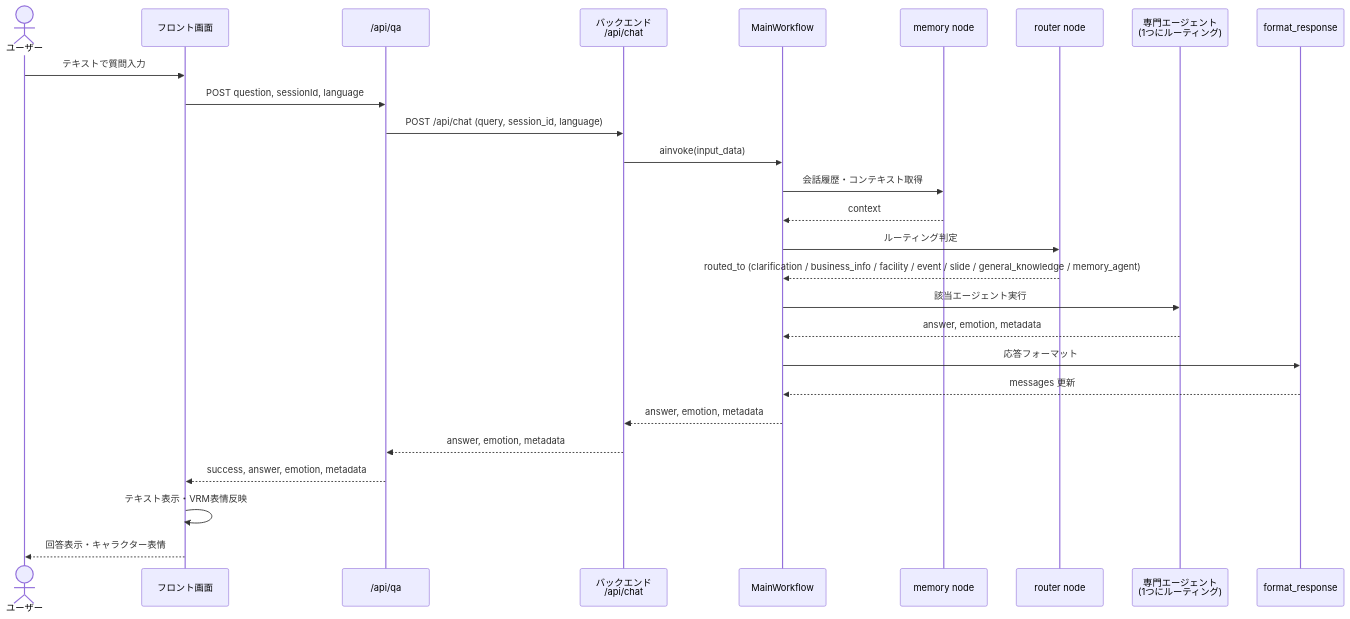
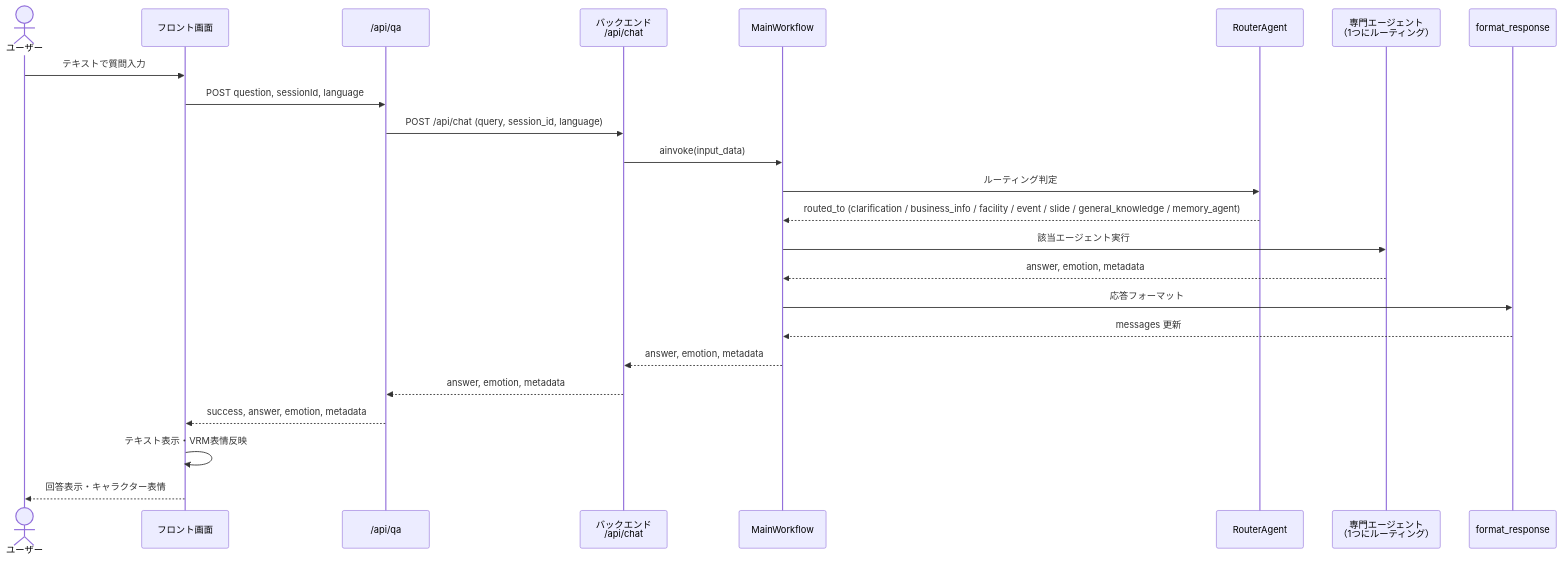
The third of 5 diagrams in docs/architecture/SEQUENCE-DIAGRAM.md (EngineerCafeJP/engineercafe-navigator), drawn with Mermaid before and after one commit. The commit also changed other lines of this file, not shown here.

First line of the commit message:
docs: 修正されたシーケンス図の表現を更新

````diff
--- a/docs/architecture/SEQUENCE-DIAGRAM.md
+++ b/docs/architecture/SEQUENCE-DIAGRAM.md
@@ -83,31 +85,28 @@
 ```mermaid
 sequenceDiagram
     actor User as ユーザー
     participant UI as フロント画面
     participant QA as /api/qa
     participant Backend as バックエンド<br/>/api/chat
     participant Workflow as MainWorkflow
-    participant Memory as memory node
-    participant Router as router node
-    participant Agent as 専門エージェント<br/>(1つにルーティング)
+    participant Router as RouterAgent
+    participant Agent as 専門エージェント<br/>（1つにルーティング）
     participant Format as format_response
 
     User->>UI: テキストで質問入力
     UI->>QA: POST question, sessionId, language
     QA->>Backend: POST /api/chat (query, session_id, language)
     Backend->>Workflow: ainvoke(input_data)
 
-    Workflow->>Memory: 会話履歴・コンテキスト取得
-    Memory-->>Workflow: context
     Workflow->>Router: ルーティング判定
     Router-->>Workflow: routed_to (clarification / business_info / facility / event / slide / general_knowledge / memory_agent)
     Workflow->>Agent: 該当エージェント実行
     Agent-->>Workflow: answer, emotion, metadata
     Workflow->>Format: 応答フォーマット
     Format-->>Workflow: messages 更新
     Workflow-->>Backend: answer, emotion, metadata
     Backend-->>QA: answer, emotion, metadata
     QA-->>UI: success, answer, emotion, metadata
     UI->>UI: テキスト表示・VRM表情反映
     UI-->>User: 回答表示・キャラクター表情
 ```
````
